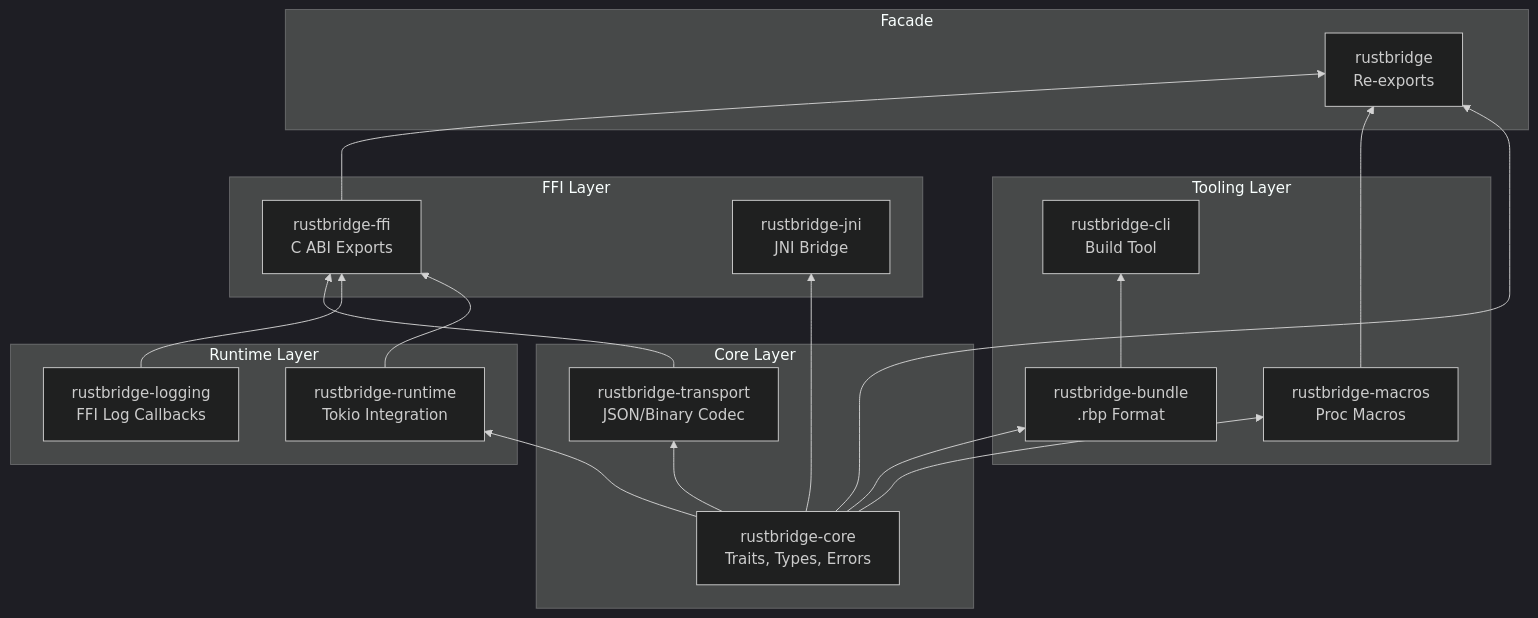
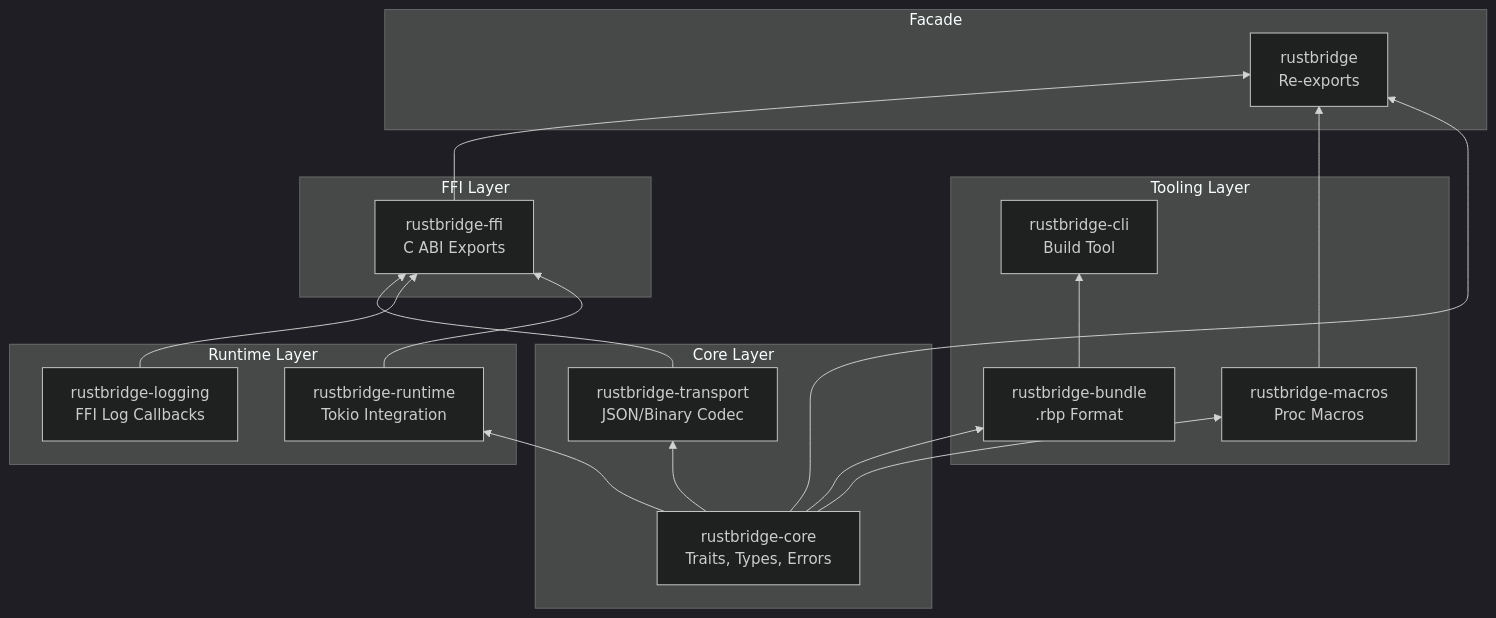
One commit to jrobhoward/rustbridge changed the second of 8 diagrams in docs/ARCHITECTURE.md. Above: the diagram before and after it, drawn with Mermaid (dark theme). The commit also changed other lines of this file and 79 other files, not shown here.

````diff
--- a/docs/ARCHITECTURE.md
+++ b/docs/ARCHITECTURE.md
@@ -70,41 +69,39 @@
 ```mermaid
 flowchart BT
     subgraph Core["Core Layer"]
         RC[rustbridge-core<br/>Traits, Types, Errors]
         RT[rustbridge-transport<br/>JSON/Binary Codec]
     end
 
     subgraph Runtime["Runtime Layer"]
         RR[rustbridge-runtime<br/>Tokio Integration]
         RL[rustbridge-logging<br/>FFI Log Callbacks]
     end
 
     subgraph FFI["FFI Layer"]
         RF[rustbridge-ffi<br/>C ABI Exports]
-        RJ[rustbridge-jni<br/>JNI Bridge]
     end
 
     subgraph Tooling["Tooling Layer"]
         RM[rustbridge-macros<br/>Proc Macros]
         RB[rustbridge-bundle<br/>.rbp Format]
         CLI[rustbridge-cli<br/>Build Tool]
     end
 
     subgraph Facade["Facade"]
         RST[rustbridge<br/>Re-exports]
     end
 
     RC --> RR
     RC --> RT
     RT --> RF
     RL --> RF
     RR --> RF
-    RC --> RJ
     RC --> RM
     RC --> RB
     RB --> CLI
 
     RF --> RST
     RM --> RST
     RC --> RST
 ```
````
